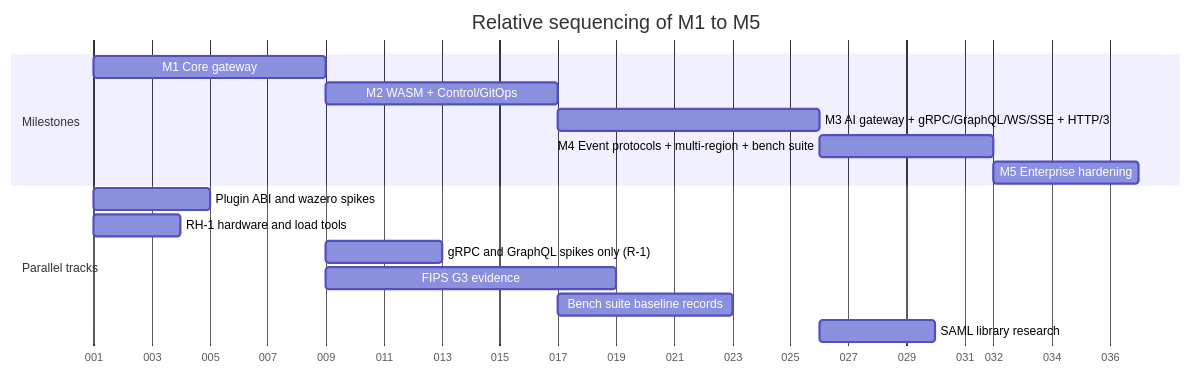
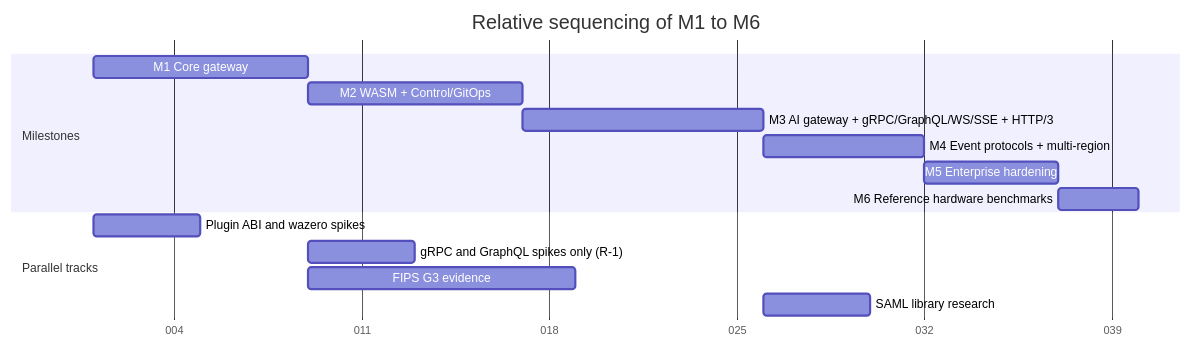
The diagram in docs/roadmap/01-roadmap-and-milestones.md (ravindu-rev/ruralz), drawn with Mermaid before and after one commit. The commit also changed other lines of this file and 12 other files, not shown here.

First line of the commit message:
docs: move the reference hardware benchmarks to milestone M6

````diff
--- a/docs/roadmap/01-roadmap-and-milestones.md
+++ b/docs/roadmap/01-roadmap-and-milestones.md
@@ -170,20 +189,19 @@
 ```mermaid
 gantt
-    title Relative sequencing of M1 to M5
+    title Relative sequencing of M1 to M6
     dateFormat X
     axisFormat %j
     todayMarker off
     section Milestones
     M1 Core gateway                                 :m1, 0, 8d
     M2 WASM + Control/GitOps                        :m2, after m1, 8d
     M3 AI gateway + gRPC/GraphQL/WS/SSE + HTTP/3    :m3, after m2, 9d
-    M4 Event protocols + multi-region + bench suite :m4, after m3, 6d
+    M4 Event protocols + multi-region               :m4, after m3, 6d
     M5 Enterprise hardening                         :m5, after m4, 5d
+    M6 Reference hardware benchmarks                :m6, after m5, 3d
     section Parallel tracks
     Plugin ABI and wazero spikes                    :t1, 0, 4d
-    RH-1 hardware and load tools                    :t2, 0, 3d
     gRPC and GraphQL spikes only (R-1)              :t3, after m1, 4d
     FIPS G3 evidence                                :t4, after m1, 10d
-    Bench suite baseline records                    :t5, after m2, 6d
     SAML library research                           :t6, after m3, 4d
 ```
````
